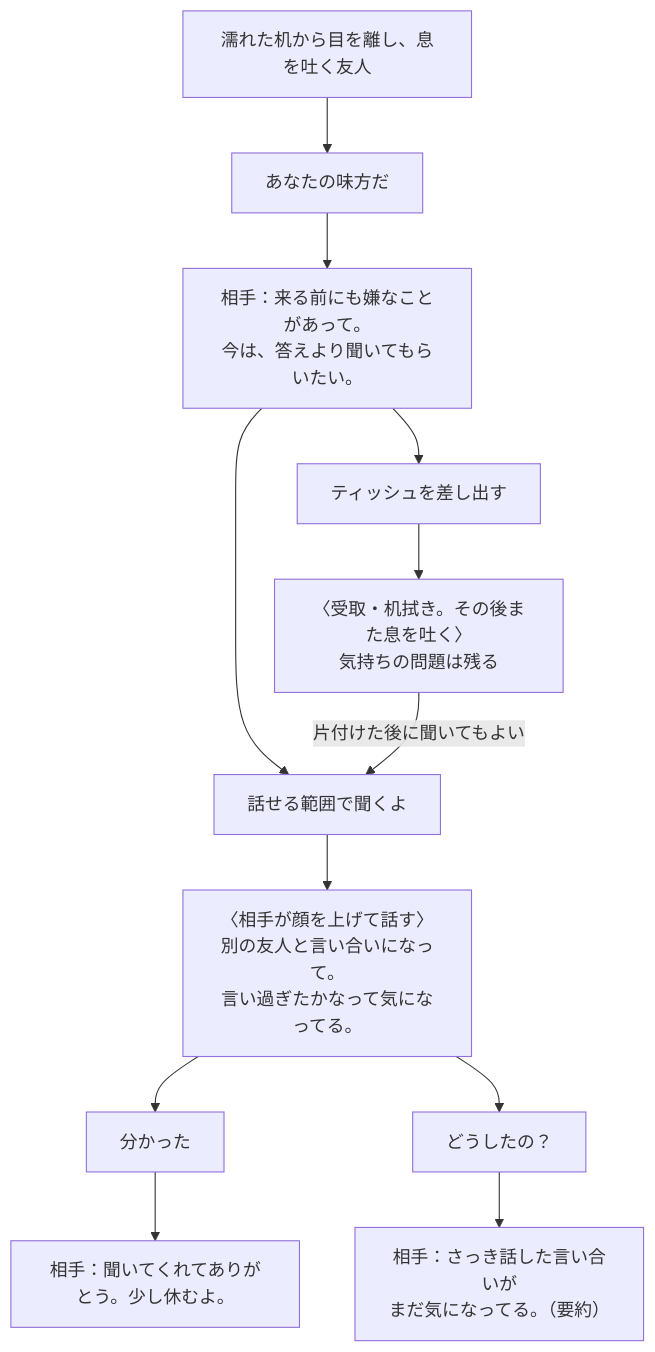
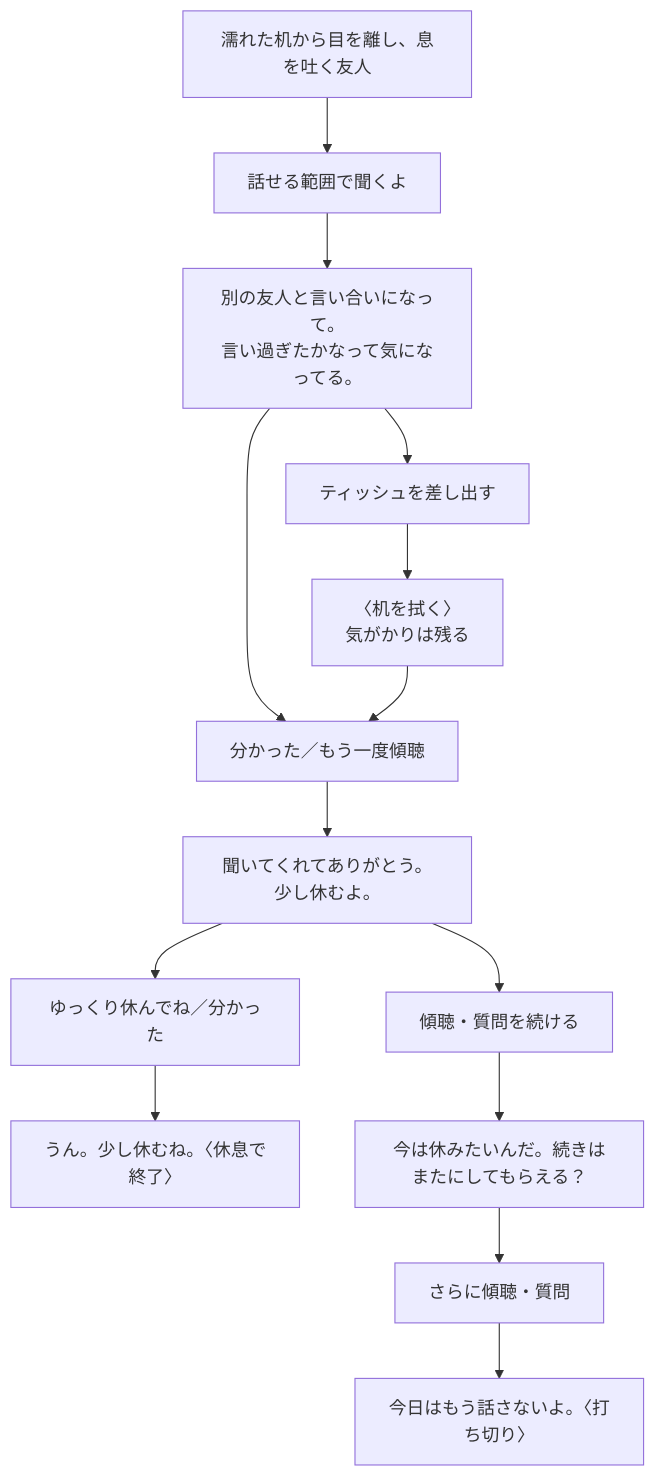
Before and after one commit to shirai-masatomo/whitespace: the third of 3 diagrams in docs/COFFEE_FLOW.md, drawn with Mermaid. The commit also changed other lines of this file and 16 other files, not shown here.

````diff
--- a/docs/COFFEE_FLOW.md
+++ b/docs/COFFEE_FLOW.md
@@ -65,14 +69,16 @@
 ```mermaid
 flowchart TB
-  start["濡れた机から目を離し、息を吐く友人"] --> support["あなたの味方だ"]
-  support --> wish["相手：来る前にも嫌なことがあって。<br/>今は、答えより聞いてもらいたい。"]
-  wish --> listen["話せる範囲で聞くよ"]
-  wish --> paper["ティッシュを差し出す"]
-  paper --> clean["〈受取・机拭き。その後また息を吐く〉<br/>気持ちの問題は残る"]
-  clean -->|"片付けた後に聞いてもよい"| listen
-  listen --> story["〈相手が顔を上げて話す〉<br/>別の友人と言い合いになって。<br/>言い過ぎたかなって気になってる。"]
-  story --> ack["分かった"]
-  story --> ask["どうしたの？"]
-  ack --> rest["相手：聞いてくれてありがとう。少し休むよ。"]
-  ask --> known["相手：さっき話した言い合いが<br/>まだ気になってる。（要約）"]
+  start["濡れた机から目を離し、息を吐く友人"] --> listen["話せる範囲で聞くよ"]
+  listen --> story["別の友人と言い合いになって。<br/>言い過ぎたかなって気になってる。"]
+  story --> paper["ティッシュを差し出す"]
+  paper --> clean["〈机を拭く〉<br/>気がかりは残る"]
+  story --> ack["分かった／もう一度傾聴"]
+  clean --> ack
+  ack --> rest["聞いてくれてありがとう。少し休むよ。"]
+  rest --> bye["ゆっくり休んでね／分かった"]
+  bye --> finished["うん。少し休むね。〈休息で終了〉"]
+  rest --> push["傾聴・質問を続ける"]
+  push --> request["今は休みたいんだ。続きはまたにしてもらえる？"]
+  request --> more["さらに傾聴・質問"]
+  more --> cutoff["今日はもう話さないよ。〈打ち切り〉"]
 ```
````
